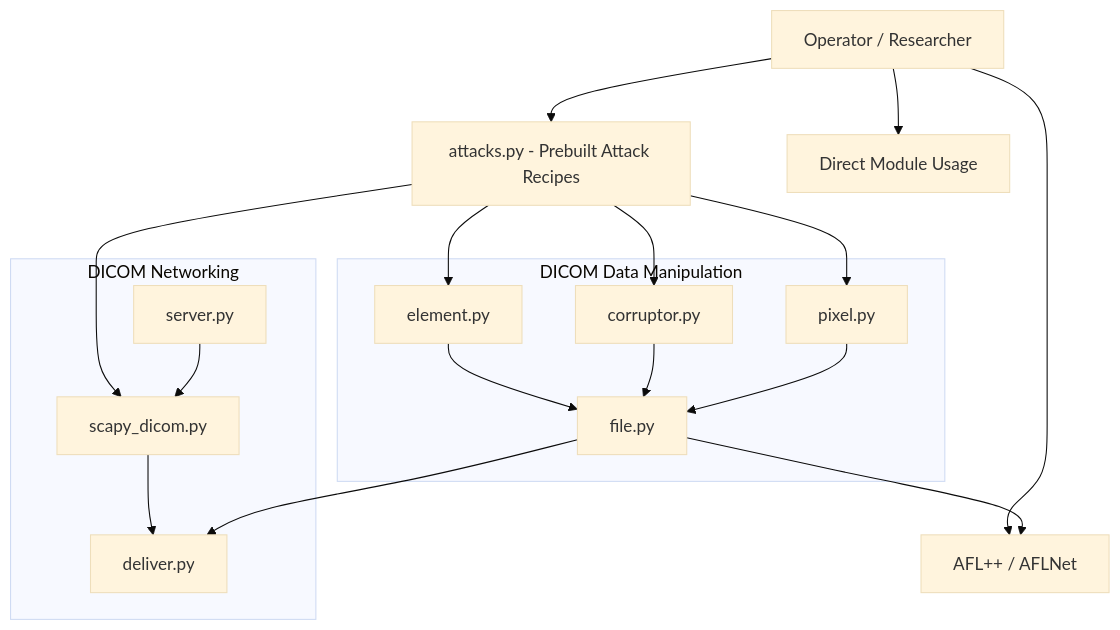
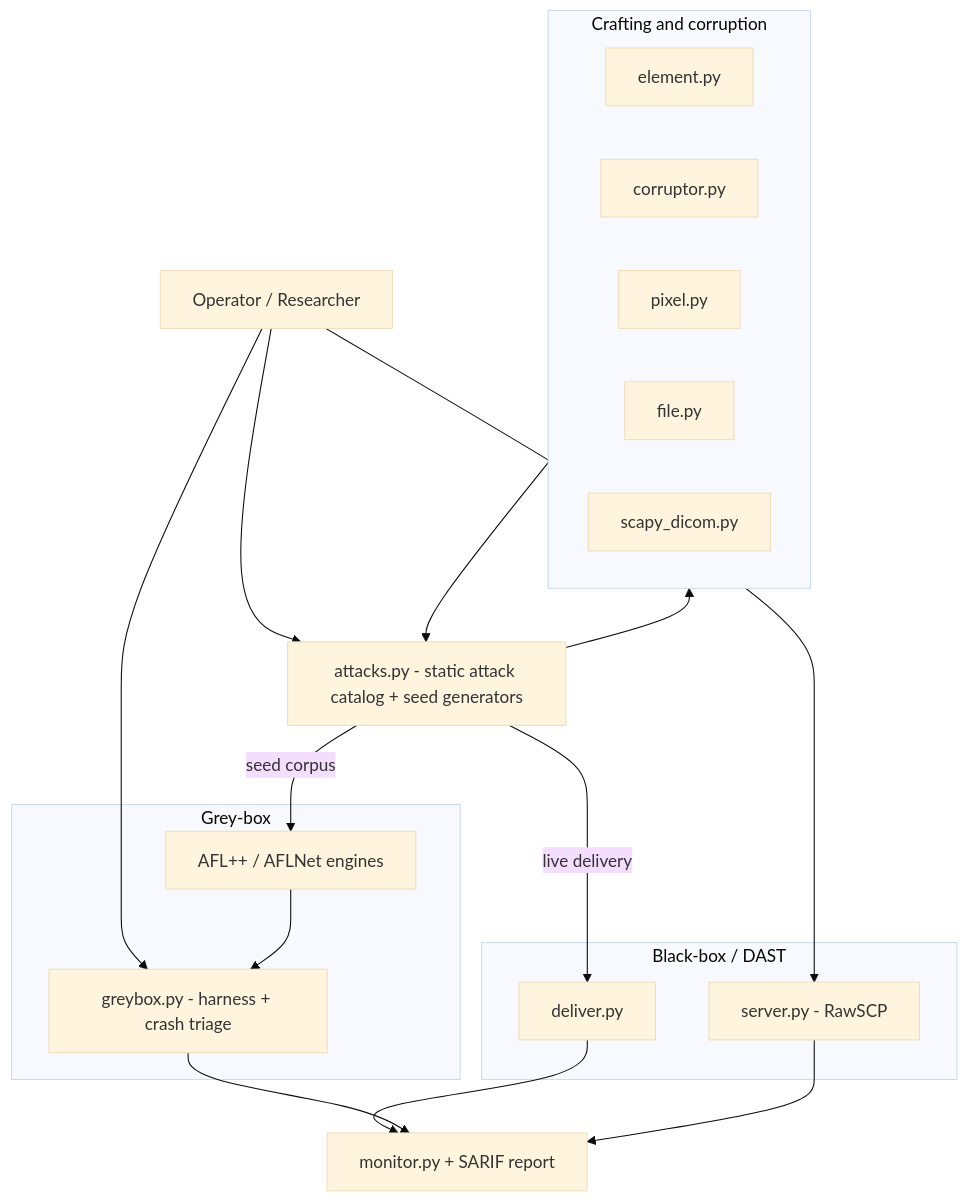
Before and after one commit to tmart234/C-SCARE: the diagram in README.md, drawn with Mermaid (base theme). The commit also changed other lines of this file, not shown here.

````diff
--- a/README.md
+++ b/README.md
@@ -19,42 +25,38 @@
 ```mermaid
 flowchart TD
-
     USER[Operator / Researcher]
 
-    USER --> ATTACKS
-    USER --> RAWAPI
-    USER --> AFL
-
-    ATTACKS[attacks.py - Prebuilt Attack Recipes]
-
-    subgraph DATA [DICOM Data Manipulation]
+    subgraph CRAFT [Crafting and corruption]
         ELEMENT[element.py]
         CORRUPTOR[corruptor.py]
         PIXEL[pixel.py]
         FILE[file.py]
+        SCAPY[scapy_dicom.py]
     end
 
-    subgraph NET [DICOM Networking]
-        SCAPY[scapy_dicom.py]
-        SERVER[server.py]
+    CATALOG[attacks.py - static attack catalog + seed generators]
+
+    subgraph BLACKBOX [Black-box / DAST]
         DELIVER[deliver.py]
+        SERVER[server.py - RawSCP]
     end
 
-    RAWAPI[Direct Module Usage]
-    AFL[AFL++ / AFLNet]
+    subgraph GREYBOX [Grey-box]
+        AFL[AFL++ / AFLNet engines]
+        GB[greybox.py - harness + crash triage]
+    end
 
-    ATTACKS --> ELEMENT
-    ATTACKS --> CORRUPTOR
-    ATTACKS --> PIXEL
-    ATTACKS --> SCAPY
+    MONITOR[monitor.py + SARIF report]
 
-    ELEMENT --> FILE
-    CORRUPTOR --> FILE
-    PIXEL --> FILE
-
-    SCAPY --> DELIVER
-    SERVER --> SCAPY
-
-    FILE --> AFL
-    FILE --> DELIVER
+    USER --> CATALOG
+    USER --> SERVER
+    USER --> GB
+    CATALOG --> CRAFT
+    CRAFT --> CATALOG
+    CATALOG -->|live delivery| DELIVER
+    CATALOG -->|seed corpus| AFL
+    DELIVER --> MONITOR
+    AFL --> GB
+    GB --> MONITOR
+    SERVER --> MONITOR
 ```
````
